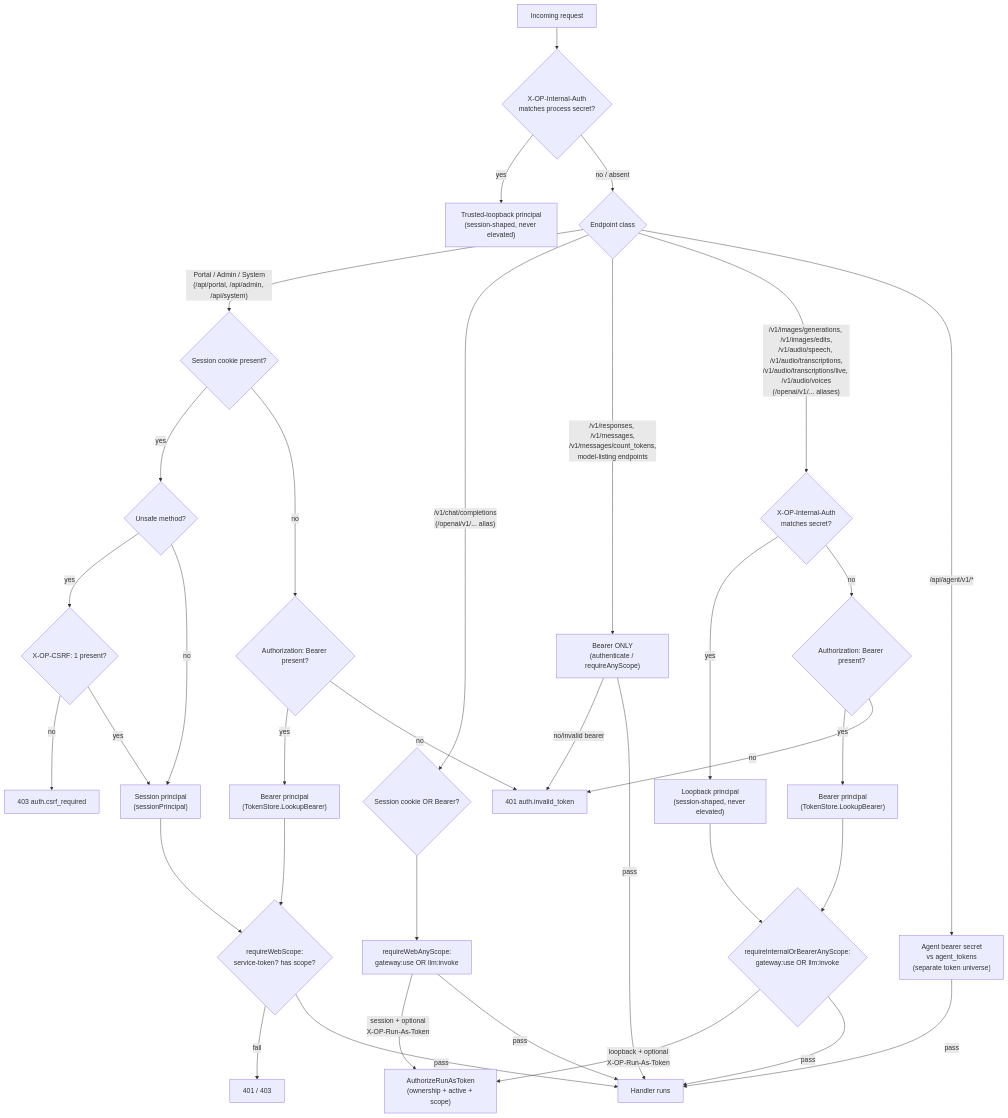
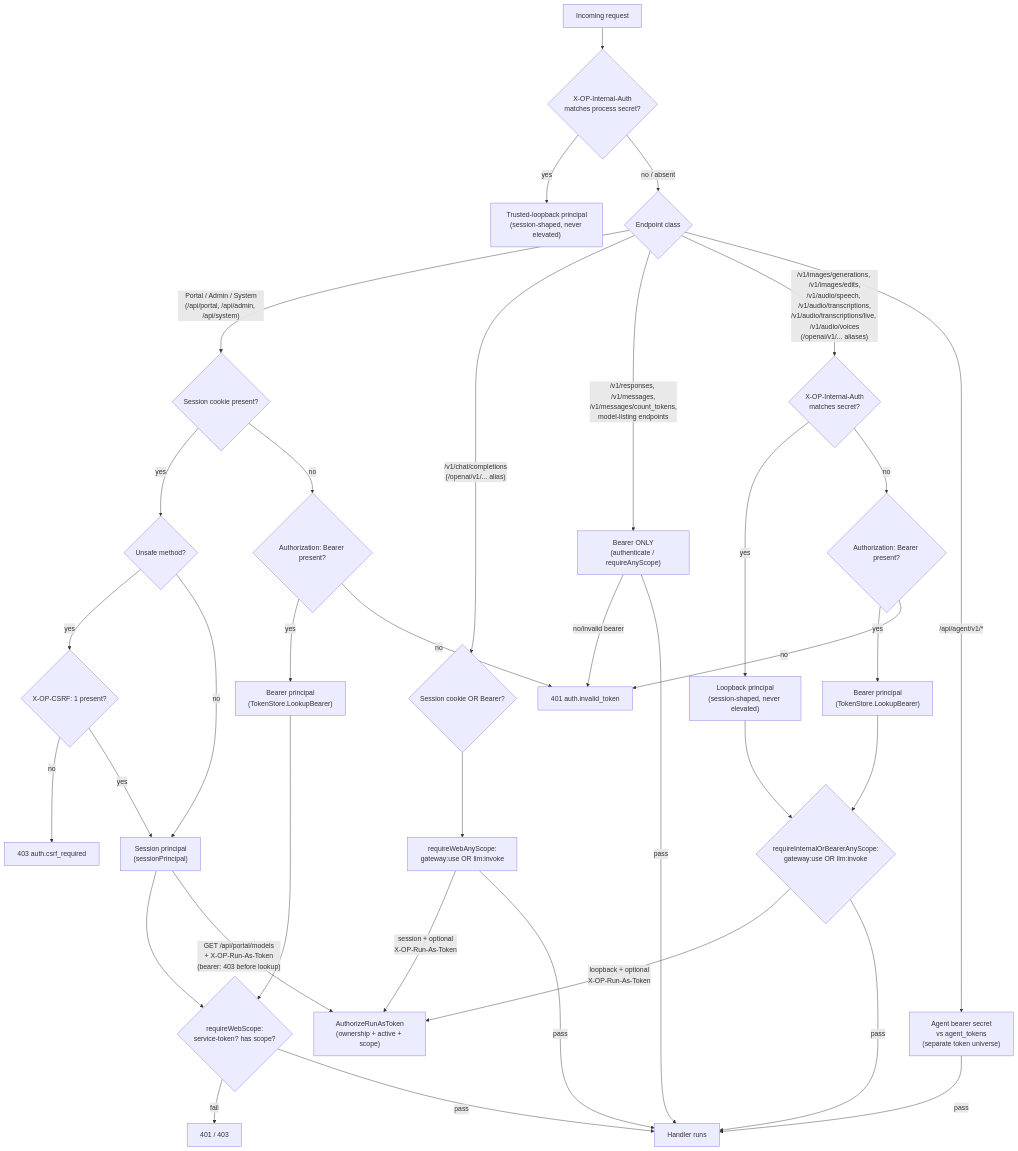
The first of 3 diagrams in docs/architecture/cross-cutting/security-auth-rbac.md (JLor08/op-ai-gateway), drawn with Mermaid before and after one commit. The commit also changed other lines of this file and 57 other files, not shown here.

First line of the commit message:
feat: provider access for the portal chat session and a token-scoped chat model picker (#435)

````diff
--- a/docs/architecture/cross-cutting/security-auth-rbac.md
+++ b/docs/architecture/cross-cutting/security-auth-rbac.md
@@ -414,42 +427,44 @@
 ```mermaid
 flowchart TD
     A["Incoming request"] --> B{"X-OP-Internal-Auth<br/>matches process secret?"}
     B -- yes --> C["Trusted-loopback principal<br/>(session-shaped, never elevated)"]
     B -- no / absent --> D{"Endpoint class"}
 
     D -- "Portal / Admin / System<br/>(/api/portal, /api/admin, /api/system)" --> E{"Session cookie present?"}
     E -- yes --> F{"Unsafe method?"}
     F -- yes --> G{"X-OP-CSRF: 1 present?"}
     G -- no --> X1["403 auth.csrf_required"]
     G -- yes --> H["Session principal<br/>(sessionPrincipal)"]
     F -- no --> H
     E -- no --> I{"Authorization: Bearer present?"}
     I -- yes --> J["Bearer principal<br/>(TokenStore.LookupBearer)"]
     I -- no --> X2["401 auth.invalid_token"]
     H --> K{"requireWebScope:<br/>service-token? has scope?"}
     J --> K
     K -- fail --> X3["401 / 403"]
     K -- pass --> L["Handler runs"]
 
     D -- "/v1/chat/completions<br/>(/openai/v1/... alias)" --> M{"Session cookie OR Bearer?"}
     M --> N["requireWebAnyScope:<br/>gateway:use OR llm:invoke"]
     N -- "session + optional<br/>X-OP-Run-As-Token" --> O["AuthorizeRunAsToken<br/>(ownership + active + scope)"]
     N -- pass --> L
 
+    H -- "GET /api/portal/models<br/>+ X-OP-Run-As-Token<br/>(bearer: 403 before lookup)" --> O
+
     D -- "/v1/responses, /v1/messages,<br/>/v1/messages/count_tokens,<br/>model-listing endpoints" --> P["Bearer ONLY<br/>(authenticate / requireAnyScope)"]
     P -- no/invalid bearer --> X2
     P -- pass --> L
 
     D -- "/v1/images/generations, /v1/images/edits,<br/>/v1/audio/speech, /v1/audio/transcriptions,<br/>/v1/audio/transcriptions/live, /v1/audio/voices<br/>(/openai/v1/... aliases)" --> R{"X-OP-Internal-Auth<br/>matches secret?"}
     R -- yes --> S["Loopback principal<br/>(session-shaped, never elevated)"]
     R -- no --> T{"Authorization: Bearer present?"}
     T -- yes --> U["Bearer principal<br/>(TokenStore.LookupBearer)"]
     T -- no --> X2
     S --> V{"requireInternalOrBearerAnyScope:<br/>gateway:use OR llm:invoke"}
     U --> V
     V -- "loopback + optional<br/>X-OP-Run-As-Token" --> O
     V -- pass --> L
 
     D -- "/api/agent/v1/*" --> Q["Agent bearer secret<br/>vs agent_tokens<br/>(separate token universe)"]
     Q -- pass --> L
 ```
````
